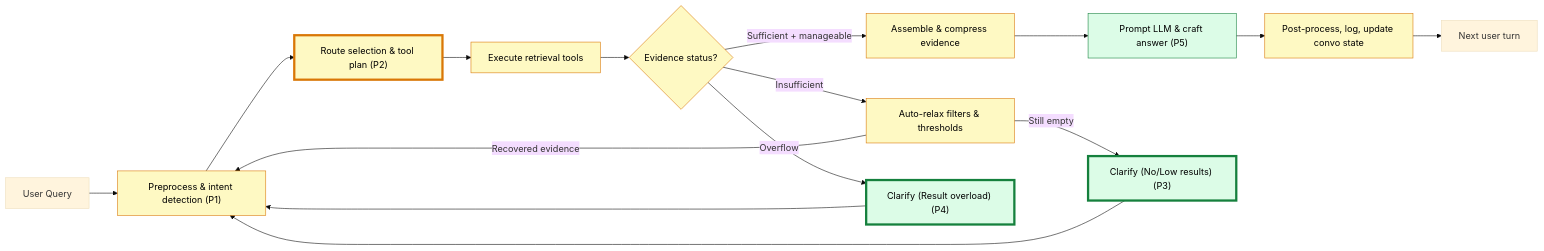
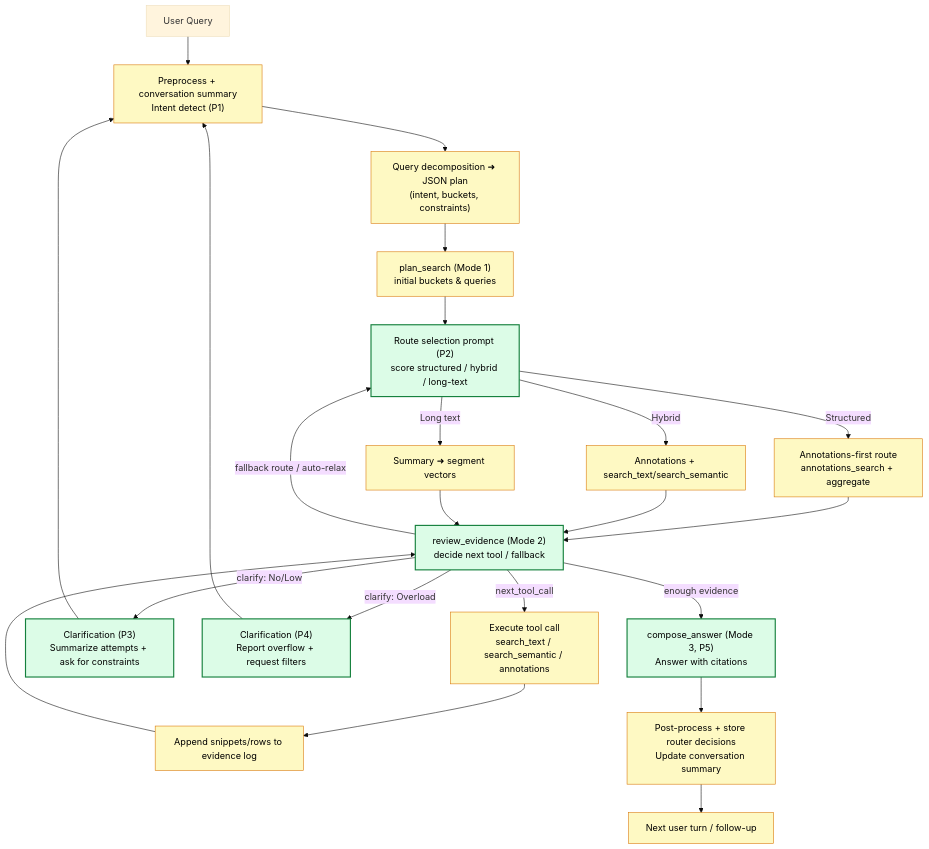
The first of 4 diagrams in docs/agentic_rag_plan.md (nobody-qwert/zzz_rag_xxx), drawn with Mermaid (base theme) before and after one commit. The commit also changed other lines of this file, not shown here.

````diff
--- a/docs/agentic_rag_plan.md
+++ b/docs/agentic_rag_plan.md
@@ -334,29 +336,42 @@
 ```mermaid
-flowchart LR
-    UQ[User Query] --> PRE["Preprocess & intent detection (P1)"]
-    PRE --> ROUTE["Route selection & tool plan (P2)"]
-    ROUTE --> EXEC[Execute retrieval tools]
-    EXEC --> EVAL{Evidence status?}
-    EVAL -->|Sufficient + manageable| BUNDLE[Assemble & compress evidence]
-    BUNDLE --> PROMPT["Prompt LLM & craft answer (P5)"]
-    PROMPT --> POST[Post-process, log, update convo state]
-    POST --> NEXT[Next user turn]
-
-    EVAL -->|Insufficient| RELAX[Auto-relax filters & thresholds]
-    RELAX -->|Recovered evidence| PRE
-    RELAX -->|Still empty| CLAR_NOLOW["Clarify (No/Low results) (P3)"]
-    EVAL -->|Overflow| CLAR_OVERLOAD["Clarify (Result overload) (P4)"]
-    CLAR_NOLOW --> PRE
-    CLAR_OVERLOAD --> PRE
+flowchart TD
+    U[User Query]
+    U --> PRE["Preprocess + conversation summary<br/>Intent detect (P1)"]
+    PRE --> DECOMP["Query decomposition ➜ JSON plan<br/>(intent, buckets, constraints)"]
+    DECOMP --> PLAN["plan_search (Mode 1)<br/>initial buckets & queries"]
+    PLAN --> ROUTER["Route selection prompt (P2)<br/>score structured / hybrid / long-text"]
+    ROUTER -->|Structured| STRUCT["Annotations-first route<br/>annotations_search + aggregate"]
+    ROUTER -->|Hybrid| HYBRID["Annotations + search_text/search_semantic"]
+    ROUTER -->|Long text| LONG["Summary ➜ segment vectors"]
+    STRUCT --> LOOP
+    HYBRID --> LOOP
+    LONG --> LOOP
+    LOOP["review_evidence (Mode 2)<br/>decide next tool / fallback"]
+    LOOP -->|next_tool_call| TOOL["Execute tool call<br/>search_text / search_semantic / annotations"]
+    TOOL --> LOG["Append snippets/rows to evidence log"]
+    LOG --> LOOP
+    LOOP -->|fallback route / auto-relax| ROUTER
+    LOOP -->|clarify: No/Low| CLAR_LOW["Clarification (P3)<br/>Summarize attempts + ask for constraints"]
+    LOOP -->|clarify: Overload| CLAR_OVER["Clarification (P4)<br/>Report overflow + request filters"]
+    CLAR_LOW --> PRE
+    CLAR_OVER --> PRE
+    LOOP -->|enough evidence| COMPOSE["compose_answer (Mode 3, P5)<br/>Answer with citations"]
+    COMPOSE --> POST["Post-process + store router decisions<br/>Update conversation summary"]
+    POST --> NEXT["Next user turn / follow-up"]
 
     style PRE fill:#fef9c3,stroke:#d97706,color:#000
-    style ROUTE fill:#fef9c3,stroke:#d97706,color:#000,stroke-width:4px
-    style EXEC fill:#fef9c3,stroke:#d97706,color:#000
-    style EVAL fill:#fef9c3,stroke:#d97706,color:#000
-    style RELAX fill:#fef9c3,stroke:#d97706,color:#000
-    style CLAR_NOLOW fill:#dcfce7,stroke:#15803d,color:#000,stroke-width:4px
-    style CLAR_OVERLOAD fill:#dcfce7,stroke:#15803d,color:#000,stroke-width:4px
-    style BUNDLE fill:#fef9c3,stroke:#d97706,color:#000
-    style PROMPT fill:#dcfce7,stroke:#15803d,color:#000
+    style DECOMP fill:#fef9c3,stroke:#d97706,color:#000
+    style PLAN fill:#fef9c3,stroke:#d97706,color:#000
+    style ROUTER fill:#dcfce7,stroke:#15803d,color:#000,stroke-width:2px
+    style STRUCT fill:#fef9c3,stroke:#d97706,color:#000
+    style HYBRID fill:#fef9c3,stroke:#d97706,color:#000
+    style LONG fill:#fef9c3,stroke:#d97706,color:#000
+    style LOOP fill:#dcfce7,stroke:#15803d,color:#000,stroke-width:2px
+    style TOOL fill:#fef9c3,stroke:#d97706,color:#000
+    style LOG fill:#fef9c3,stroke:#d97706,color:#000
+    style CLAR_LOW fill:#dcfce7,stroke:#15803d,color:#000,stroke-width:2px
+    style CLAR_OVER fill:#dcfce7,stroke:#15803d,color:#000,stroke-width:2px
+    style COMPOSE fill:#dcfce7,stroke:#15803d,color:#000,stroke-width:2px
     style POST fill:#fef9c3,stroke:#d97706,color:#000
+    style NEXT fill:#fef9c3,stroke:#d97706,color:#000
 ```
````
